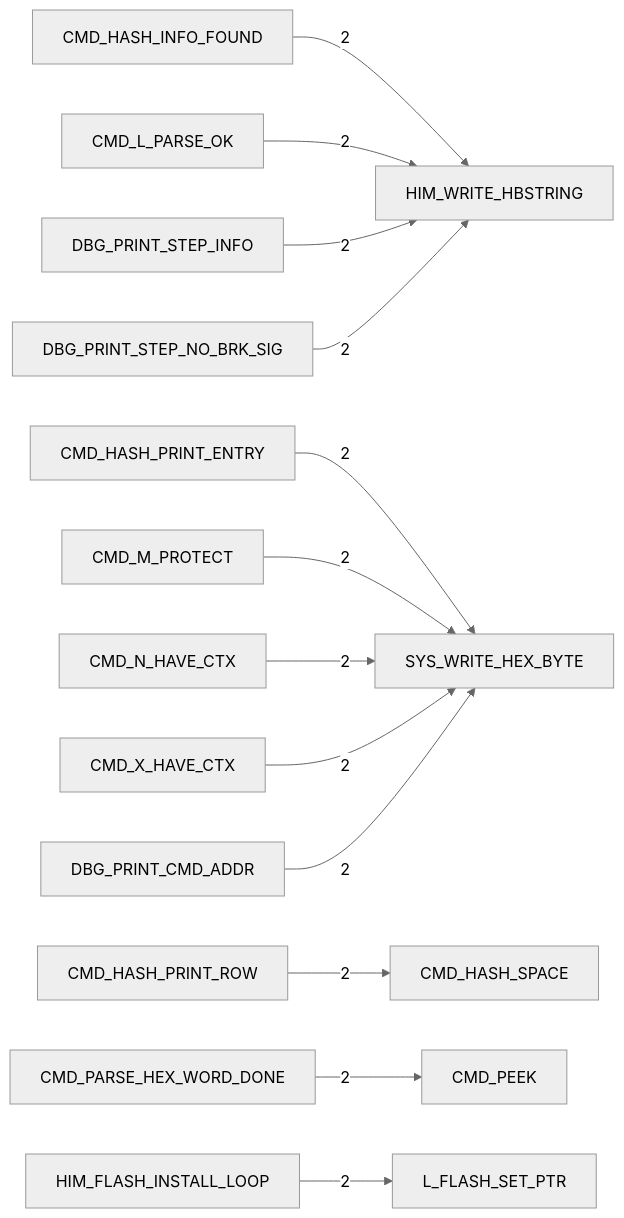
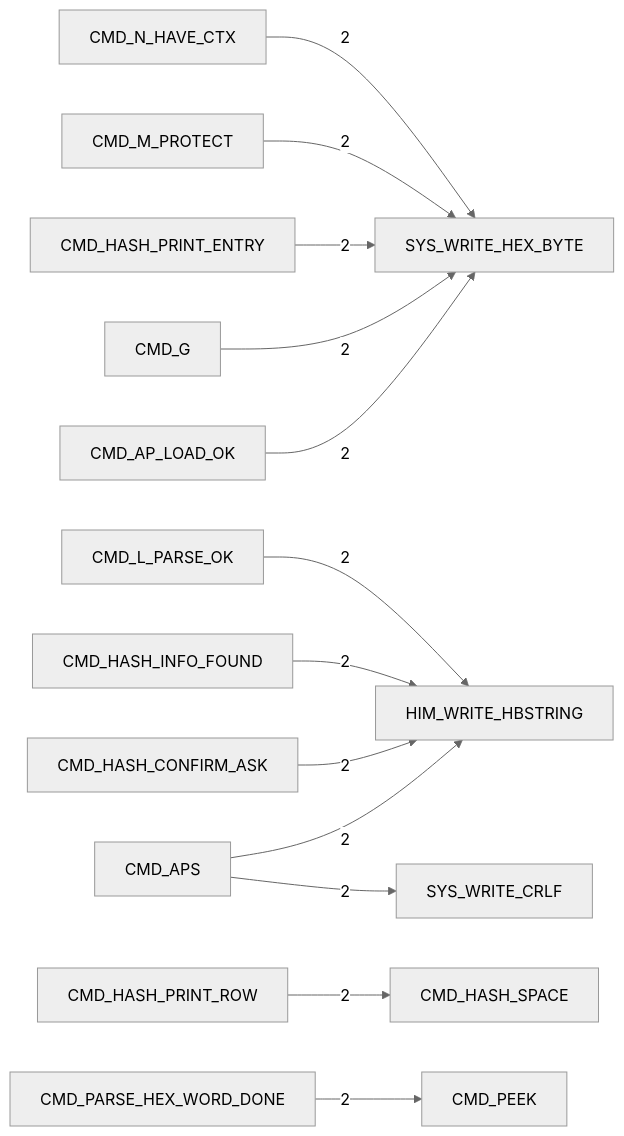
Before and after one commit to 95westus/R-YORS: the fourth of 6 diagrams in DOC/GENERATED/HIMON_ROUTINE_TREE.md, drawn with Mermaid (neutral theme). The commit also changed other lines of this file and 25 other files, not shown here.

````diff
--- a/DOC/GENERATED/HIMON_ROUTINE_TREE.md
+++ b/DOC/GENERATED/HIMON_ROUTINE_TREE.md
@@ -62,15 +62,15 @@
 ```mermaid
 flowchart LR
+    N_CMD_AP_LOAD_OK[CMD_AP_LOAD_OK] -->|2| N_SYS_WRITE_HEX_BYTE[SYS_WRITE_HEX_BYTE]
+    N_CMD_APS[CMD_APS] -->|2| N_HIM_WRITE_HBSTRING[HIM_WRITE_HBSTRING]
+    N_CMD_APS[CMD_APS] -->|2| N_SYS_WRITE_CRLF[SYS_WRITE_CRLF]
+    N_CMD_G[CMD_G] -->|2| N_SYS_WRITE_HEX_BYTE[SYS_WRITE_HEX_BYTE]
+    N_CMD_HASH_CONFIRM_ASK[CMD_HASH_CONFIRM_ASK] -->|2| N_HIM_WRITE_HBSTRING[HIM_WRITE_HBSTRING]
     N_CMD_HASH_INFO_FOUND[CMD_HASH_INFO_FOUND] -->|2| N_HIM_WRITE_HBSTRING[HIM_WRITE_HBSTRING]
     N_CMD_HASH_PRINT_ENTRY[CMD_HASH_PRINT_ENTRY] -->|2| N_SYS_WRITE_HEX_BYTE[SYS_WRITE_HEX_BYTE]
     N_CMD_HASH_PRINT_ROW[CMD_HASH_PRINT_ROW] -->|2| N_CMD_HASH_SPACE[CMD_HASH_SPACE]
     N_CMD_L_PARSE_OK[CMD_L_PARSE_OK] -->|2| N_HIM_WRITE_HBSTRING[HIM_WRITE_HBSTRING]
     N_CMD_M_PROTECT[CMD_M_PROTECT] -->|2| N_SYS_WRITE_HEX_BYTE[SYS_WRITE_HEX_BYTE]
     N_CMD_N_HAVE_CTX[CMD_N_HAVE_CTX] -->|2| N_SYS_WRITE_HEX_BYTE[SYS_WRITE_HEX_BYTE]
     N_CMD_PARSE_HEX_WORD_DONE[CMD_PARSE_HEX_WORD_DONE] -->|2| N_CMD_PEEK[CMD_PEEK]
-    N_CMD_X_HAVE_CTX[CMD_X_HAVE_CTX] -->|2| N_SYS_WRITE_HEX_BYTE[SYS_WRITE_HEX_BYTE]
-    N_DBG_PRINT_CMD_ADDR[DBG_PRINT_CMD_ADDR] -->|2| N_SYS_WRITE_HEX_BYTE[SYS_WRITE_HEX_BYTE]
-    N_DBG_PRINT_STEP_INFO[DBG_PRINT_STEP_INFO] -->|2| N_HIM_WRITE_HBSTRING[HIM_WRITE_HBSTRING]
-    N_DBG_PRINT_STEP_NO_BRK_SIG[DBG_PRINT_STEP_NO_BRK_SIG] -->|2| N_HIM_WRITE_HBSTRING[HIM_WRITE_HBSTRING]
-    N_HIM_FLASH_INSTALL_LOOP[HIM_FLASH_INSTALL_LOOP] -->|2| N_L_FLASH_SET_PTR[L_FLASH_SET_PTR]
 ```
````
